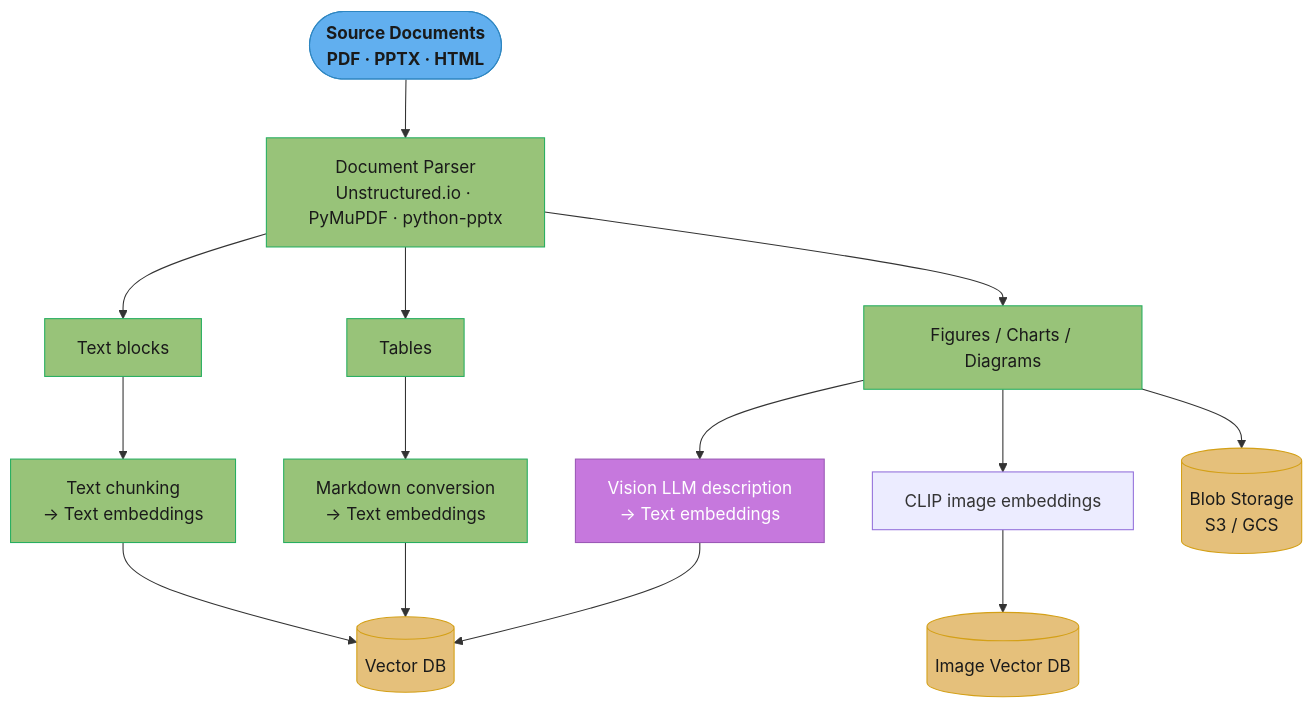
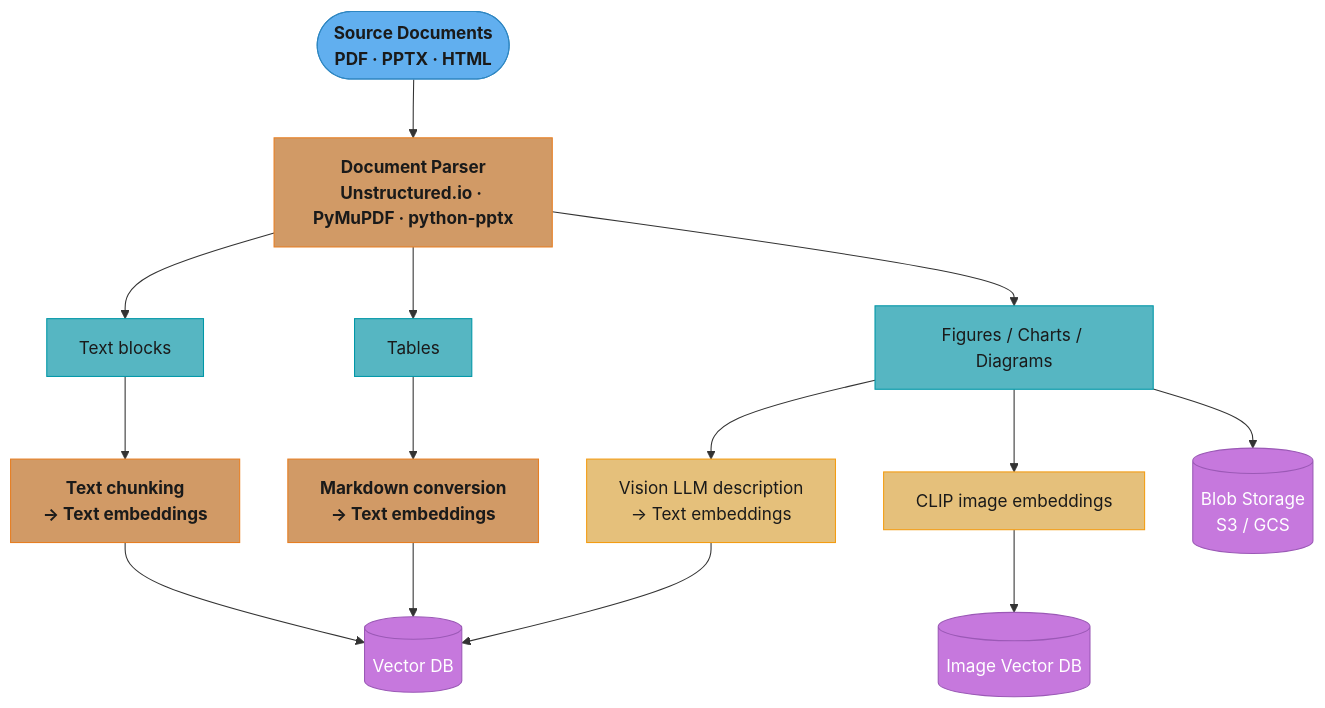
The first of 3 diagrams in src/main/java/com/rutik/systemdesign/llm/advanced_rag/multimodal_rag.md (rppol/system-design), drawn with Mermaid before and after one commit. The commit also changed other lines of this file and 88 other files, not shown here.

````diff
--- a/src/main/java/com/rutik/systemdesign/llm/advanced_rag/multimodal_rag.md
+++ b/src/main/java/com/rutik/systemdesign/llm/advanced_rag/multimodal_rag.md
@@ -222,27 +222,31 @@
 ```mermaid
 %%{init: {'flowchart': {'curve': 'basis', 'nodeSpacing': 45, 'rankSpacing': 55}}}%%
 flowchart TD
-    classDef io    fill:#61afef,stroke:#2e86c1,color:#1a1a1a,font-weight:bold
-    classDef proc  fill:#98c379,stroke:#27ae60,color:#1a1a1a
-    classDef llm   fill:#c678dd,stroke:#9b59b6,color:#fff
-    classDef store fill:#e5c07b,stroke:#d4a017,color:#1a1a1a
+    classDef io      fill:#61afef,stroke:#2e86c1,color:#1a1a1a,font-weight:bold
+    classDef frozen  fill:#c678dd,stroke:#9b59b6,color:#fff
+    classDef train   fill:#98c379,stroke:#27ae60,color:#1a1a1a
+    classDef mathOp  fill:#d19a66,stroke:#e67e22,color:#1a1a1a,font-weight:bold
+    classDef lossN   fill:#e06c75,stroke:#c0392b,color:#fff,font-weight:bold
+    classDef req     fill:#56b6c2,stroke:#0097a7,color:#1a1a1a
+    classDef base    fill:#e5c07b,stroke:#f39c12,color:#1a1a1a
 
     DOCS(["Source Documents\nPDF · PPTX · HTML"]) --> DP["Document Parser\nUnstructured.io · PyMuPDF · python-pptx"]
     DP --> TB["Text blocks"]
     DP --> TAB["Tables"]
     DP --> FIG["Figures / Charts / Diagrams"]
     TB --> TE["Text chunking\n→ Text embeddings"]
     TAB --> MD["Markdown conversion\n→ Text embeddings"]
     TE --> VDB[("Vector DB")]
     MD --> VDB
     FIG --> VLM["Vision LLM description\n→ Text embeddings"]
     FIG --> CLIP["CLIP image embeddings"]
     FIG --> BLOB[("Blob Storage\nS3 / GCS")]
     VLM --> VDB
     CLIP --> IDB[("Image Vector DB")]
 
     class DOCS io
-    class DP,TB,TAB,FIG,TE,MD proc
-    class VLM llm
-    class VDB,IDB,BLOB store
+    class DP,TE,MD mathOp
+    class TB,TAB,FIG req
+    class VLM,CLIP base
+    class VDB,IDB,BLOB frozen
 ```
````
